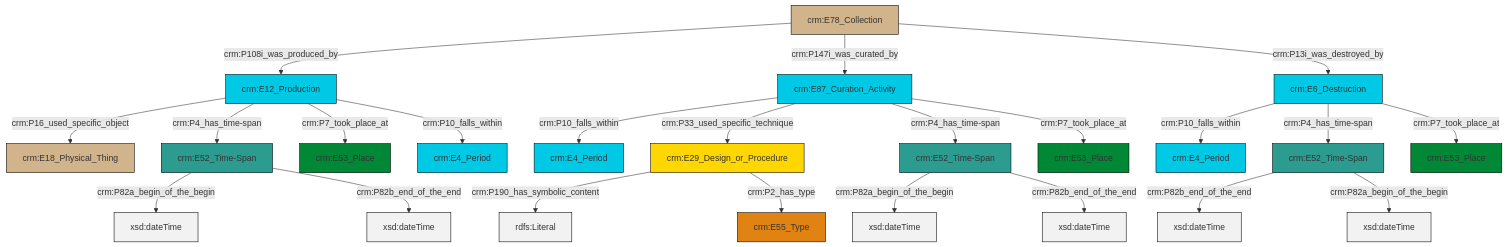
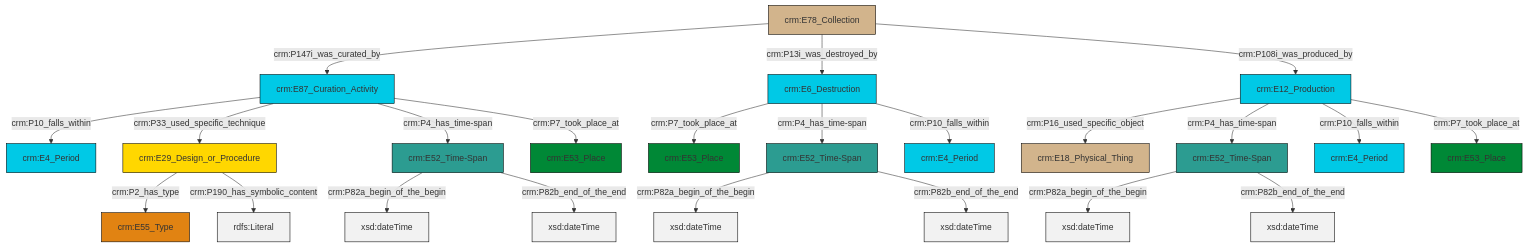
The diagram in et/archivalCSV/ttl/mmd/archival_existence.ttl.mmd (swiss-art-research-net/docs.swissartresearch), drawn with Mermaid before and after one commit. The commit also changed 178 other files, not shown here.

```diff
--- a/et/archivalCSV/ttl/mmd/archival_existence.ttl.mmd
+++ b/et/archivalCSV/ttl/mmd/archival_existence.ttl.mmd
@@ -1,37 +1,37 @@
 graph TD
 classDef Literal fill:#f2f2f2,stroke:#000000;
 classDef CRM_Entity fill:#FFFFFF,stroke:#000000;
 classDef Temporal_Entity fill:#00C9E6, stroke:#000000;
 classDef Type fill:#E18312, stroke:#000000;
 classDef Time-Span fill:#2C9C91, stroke:#000000;
 classDef Appellation fill:#FFEB7F, stroke:#000000;
 classDef Place fill:#008836, stroke:#000000;
 classDef Persistent_Item fill:#B266B2, stroke:#000000;
 classDef Conceptual_Object fill:#FFD700, stroke:#000000;
 classDef Physical_Thing fill:#D2B48C, stroke:#000000;
 classDef Actor fill:#f58aad, stroke:#000000;
 classDef PC_Classes fill:#4ce600, stroke:#000000;
 classDef Multi fill:#cccccc,stroke:#000000;
 
-4["crm:E52_Time-Span"]:::Time-Span -->|crm:P82a_begin_of_the_begin| 5[xsd:dateTime]:::Literal
-2["crm:E6_Destruction"]:::Temporal_Entity -->|crm:P10_falls_within| 8["crm:E4_Period"]:::Temporal_Entity
+2["crm:E6_Destruction"]:::Temporal_Entity -->|crm:P7_took_place_at| 3["crm:E53_Place"]:::Place
+8["crm:E87_Curation_Activity"]:::Temporal_Entity -->|crm:P10_falls_within| 9["crm:E4_Period"]:::Temporal_Entity
+6["crm:E52_Time-Span"]:::Time-Span -->|crm:P82a_begin_of_the_begin| 10[xsd:dateTime]:::Literal
+11["crm:E78_Collection"]:::Physical_Thing -->|crm:P147i_was_curated_by| 8["crm:E87_Curation_Activity"]:::Temporal_Entity
 12["crm:E12_Production"]:::Temporal_Entity -->|crm:P16_used_specific_object| 13["crm:E18_Physical_Thing"]:::Physical_Thing
-14["crm:E78_Collection"]:::Physical_Thing -->|crm:P108i_was_produced_by| 12["crm:E12_Production"]:::Temporal_Entity
-6["crm:E87_Curation_Activity"]:::Temporal_Entity -->|crm:P10_falls_within| 15["crm:E4_Period"]:::Temporal_Entity
-12["crm:E12_Production"]:::Temporal_Entity -->|crm:P4_has_time-span| 4["crm:E52_Time-Span"]:::Time-Span
-18["crm:E29_Design_or_Procedure"]:::Conceptual_Object -->|crm:P190_has_symbolic_content| 19[rdfs:Literal]:::Literal
-18["crm:E29_Design_or_Procedure"]:::Conceptual_Object -->|crm:P2_has_type| 20["crm:E55_Type"]:::Type
+8["crm:E87_Curation_Activity"]:::Temporal_Entity -->|crm:P33_used_specific_technique| 16["crm:E29_Design_or_Procedure"]:::Conceptual_Object
+12["crm:E12_Production"]:::Temporal_Entity -->|crm:P4_has_time-span| 17["crm:E52_Time-Span"]:::Time-Span
+8["crm:E87_Curation_Activity"]:::Temporal_Entity -->|crm:P4_has_time-span| 6["crm:E52_Time-Span"]:::Time-Span
+21["crm:E52_Time-Span"]:::Time-Span -->|crm:P82a_begin_of_the_begin| 22[xsd:dateTime]:::Literal
+16["crm:E29_Design_or_Procedure"]:::Conceptual_Object -->|crm:P2_has_type| 26["crm:E55_Type"]:::Type
+21["crm:E52_Time-Span"]:::Time-Span -->|crm:P82b_end_of_the_end| 27[xsd:dateTime]:::Literal
+17["crm:E52_Time-Span"]:::Time-Span -->|crm:P82a_begin_of_the_begin| 30[xsd:dateTime]:::Literal
+6["crm:E52_Time-Span"]:::Time-Span -->|crm:P82b_end_of_the_end| 32[xsd:dateTime]:::Literal
+17["crm:E52_Time-Span"]:::Time-Span -->|crm:P82b_end_of_the_end| 33[xsd:dateTime]:::Literal
+8["crm:E87_Curation_Activity"]:::Temporal_Entity -->|crm:P7_took_place_at| 0["crm:E53_Place"]:::Place
+12["crm:E12_Production"]:::Temporal_Entity -->|crm:P10_falls_within| 4["crm:E4_Period"]:::Temporal_Entity
+12["crm:E12_Production"]:::Temporal_Entity -->|crm:P7_took_place_at| 19["crm:E53_Place"]:::Place
 2["crm:E6_Destruction"]:::Temporal_Entity -->|crm:P4_has_time-span| 21["crm:E52_Time-Span"]:::Time-Span
-10["crm:E52_Time-Span"]:::Time-Span -->|crm:P82a_begin_of_the_begin| 23[xsd:dateTime]:::Literal
-12["crm:E12_Production"]:::Temporal_Entity -->|crm:P7_took_place_at| 27["crm:E53_Place"]:::Place
-12["crm:E12_Production"]:::Temporal_Entity -->|crm:P10_falls_within| 0["crm:E4_Period"]:::Temporal_Entity
-4["crm:E52_Time-Span"]:::Time-Span -->|crm:P82b_end_of_the_end| 28[xsd:dateTime]:::Literal
-6["crm:E87_Curation_Activity"]:::Temporal_Entity -->|crm:P33_used_specific_technique| 18["crm:E29_Design_or_Procedure"]:::Conceptual_Object
-6["crm:E87_Curation_Activity"]:::Temporal_Entity -->|crm:P4_has_time-span| 10["crm:E52_Time-Span"]:::Time-Span
-6["crm:E87_Curation_Activity"]:::Temporal_Entity -->|crm:P7_took_place_at| 16["crm:E53_Place"]:::Place
-21["crm:E52_Time-Span"]:::Time-Span -->|crm:P82b_end_of_the_end| 32[xsd:dateTime]:::Literal
-21["crm:E52_Time-Span"]:::Time-Span -->|crm:P82a_begin_of_the_begin| 35[xsd:dateTime]:::Literal
-14["crm:E78_Collection"]:::Physical_Thing -->|crm:P147i_was_curated_by| 6["crm:E87_Curation_Activity"]:::Temporal_Entity
-10["crm:E52_Time-Span"]:::Time-Span -->|crm:P82b_end_of_the_end| 37[xsd:dateTime]:::Literal
-2["crm:E6_Destruction"]:::Temporal_Entity -->|crm:P7_took_place_at| 33["crm:E53_Place"]:::Place
-14["crm:E78_Collection"]:::Physical_Thing -->|crm:P13i_was_destroyed_by| 2["crm:E6_Destruction"]:::Temporal_Entity
+11["crm:E78_Collection"]:::Physical_Thing -->|crm:P13i_was_destroyed_by| 2["crm:E6_Destruction"]:::Temporal_Entity
+2["crm:E6_Destruction"]:::Temporal_Entity -->|crm:P10_falls_within| 36["crm:E4_Period"]:::Temporal_Entity
+11["crm:E78_Collection"]:::Physical_Thing -->|crm:P108i_was_produced_by| 12["crm:E12_Production"]:::Temporal_Entity
+16["crm:E29_Design_or_Procedure"]:::Conceptual_Object -->|crm:P190_has_symbolic_content| 38[rdfs:Literal]:::Literal
```
